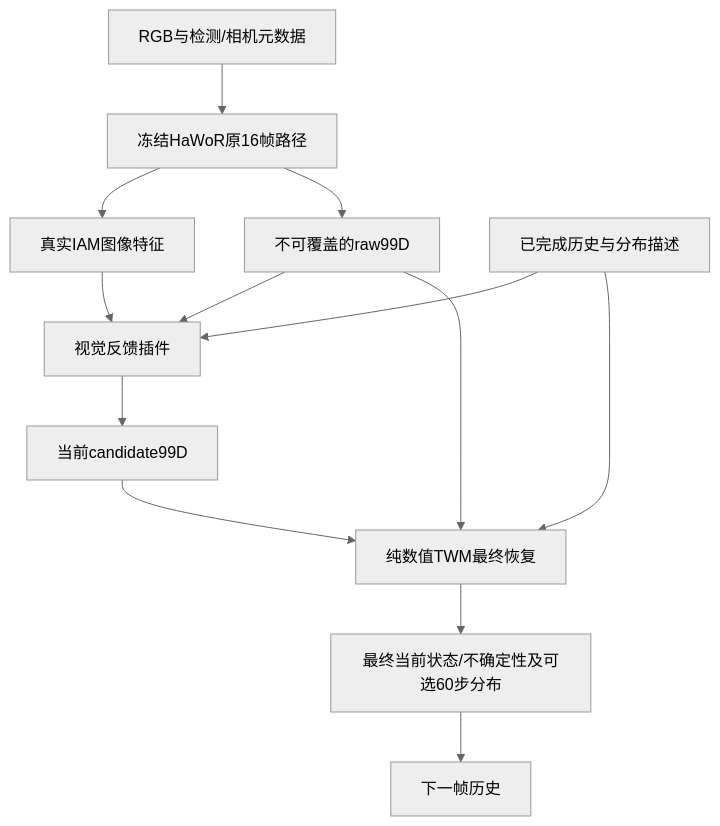
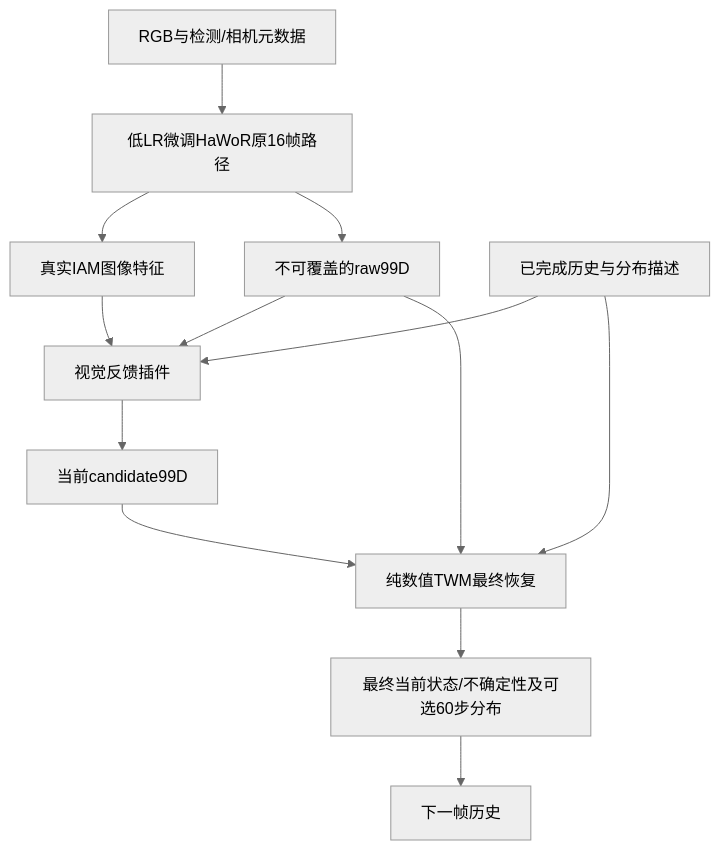
One commit to Junzhou-Chen/Hand_Reconstruction changed the diagram in MEMORY.md. Above: the diagram before and after it, drawn with Mermaid (neutral theme). The commit also changed other lines of this file and 7 other files, not shown here.

````diff
--- a/MEMORY.md
+++ b/MEMORY.md
@@ -145,15 +147,15 @@
 ```mermaid
 flowchart TD
-    I[RGB与检测/相机元数据] --> V[冻结HaWoR原16帧路径]
+    I[RGB与检测/相机元数据] --> V[低LR微调HaWoR原16帧路径]
     V --> F[真实IAM图像特征]
     V --> Z[不可覆盖的raw99D]
     F --> A[视觉反馈插件]
     Z --> A
     H[已完成历史与分布描述] --> A
     A --> C[当前candidate99D]
     H --> T[纯数值TWM最终恢复]
     Z --> T
     C --> T
     T --> O[最终当前状态/不确定性及可选60步分布]
     O --> N[下一帧历史]
 ```
````
